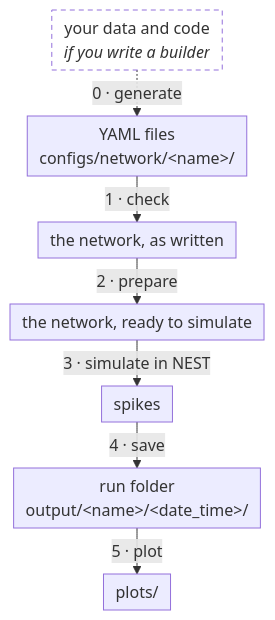
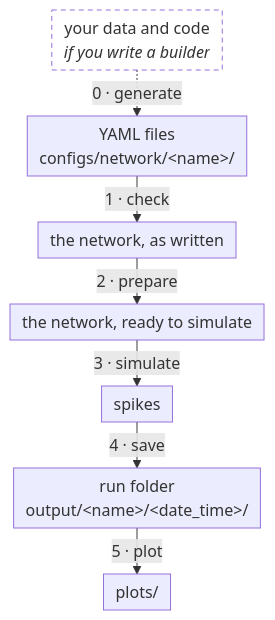
One commit to shimoura/microcircuit-lab changed the first of 3 diagrams in docs/workflow.md. Above: the diagram before and after it, drawn with Mermaid. The commit also changed other lines of this file and 28 other files, not shown here.

````diff
--- a/docs/workflow.md
+++ b/docs/workflow.md
@@ -5,11 +5,11 @@
 ```mermaid
 %%{init: {"flowchart": {"rankSpacing": 22, "nodeSpacing": 20, "padding": 6, "wrappingWidth": 400}}}%%
 flowchart TD
   B["your data and code<br/><i>if you write a builder</i>"]:::opt -.->|"0 · generate"| Y
   Y["YAML files<br/>configs/network/&lt;name&gt;/"] -->|"1 · check"| W["the network, as written"]
   W -->|"2 · prepare"| P["the network, ready to simulate"]
-  P -->|"3 · simulate in NEST"| K["spikes"]
+  P -->|"3 · simulate"| K["spikes"]
   K -->|"4 · save"| R["run folder<br/>output/&lt;name&gt;/&lt;date_time&gt;/"]
   R -->|"5 · plot"| G["plots/"]
   classDef opt stroke-dasharray: 5 4,fill:#ffffff
 ```
````
